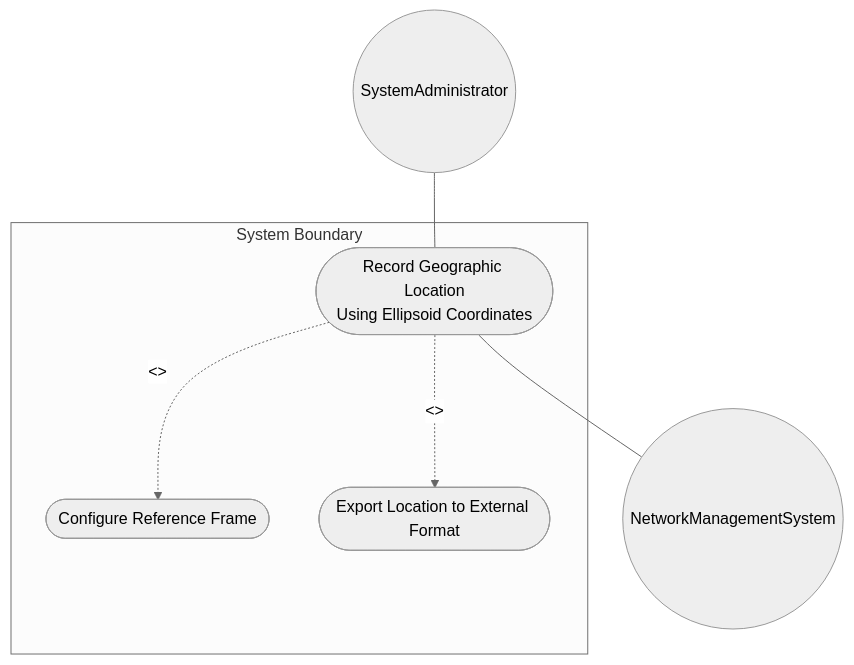
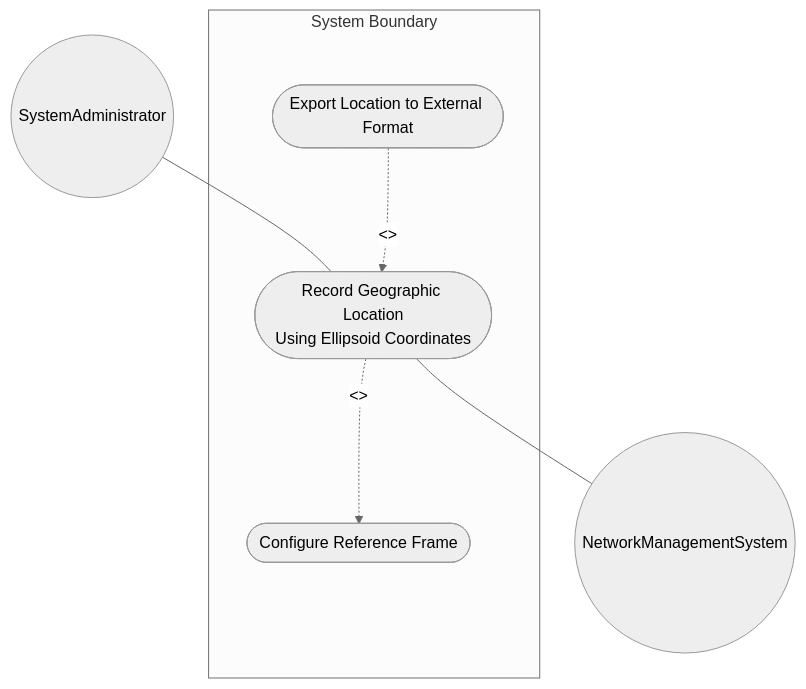
One commit to gintatkinson/dep-tst40 changed the first of 2 diagrams in docs/use-cases/uc-01-record-ellipsoid-location.md. Above: the diagram before and after it, drawn with Mermaid (neutral theme). The commit also changed 10 other files, not shown here.

First line of the commit message:
docs: fix UML compliance — placeholders, multiplicities, return messages, operations

````diff
--- a/docs/use-cases/uc-01-record-ellipsoid-location.md
+++ b/docs/use-cases/uc-01-record-ellipsoid-location.md
@@ -72,12 +72,12 @@
 ```mermaid
 graph TD
     subgraph System Boundary
         UC([Record Geographic Location\nUsing Ellipsoid Coordinates])
         UC_Config([Configure Reference Frame])
         UC_Port([Export Location to External Format])
     end
     Admin((SystemAdministrator)) --- UC
     UC -. "<<include>>" .-> UC_Config
-    UC -. "<<extend>>" .-> UC_Port
+    UC_Port -. "<<extend>>" .-> UC
     UC --- NMS((NetworkManagementSystem))
 ```
````
